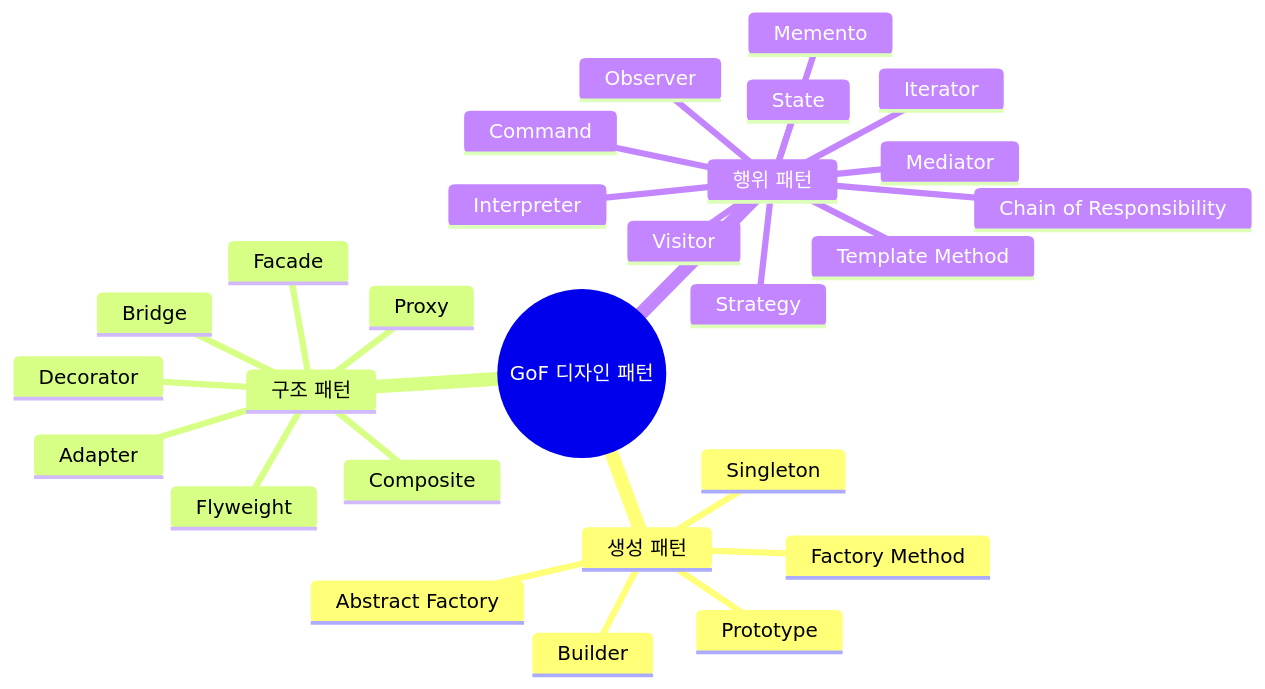
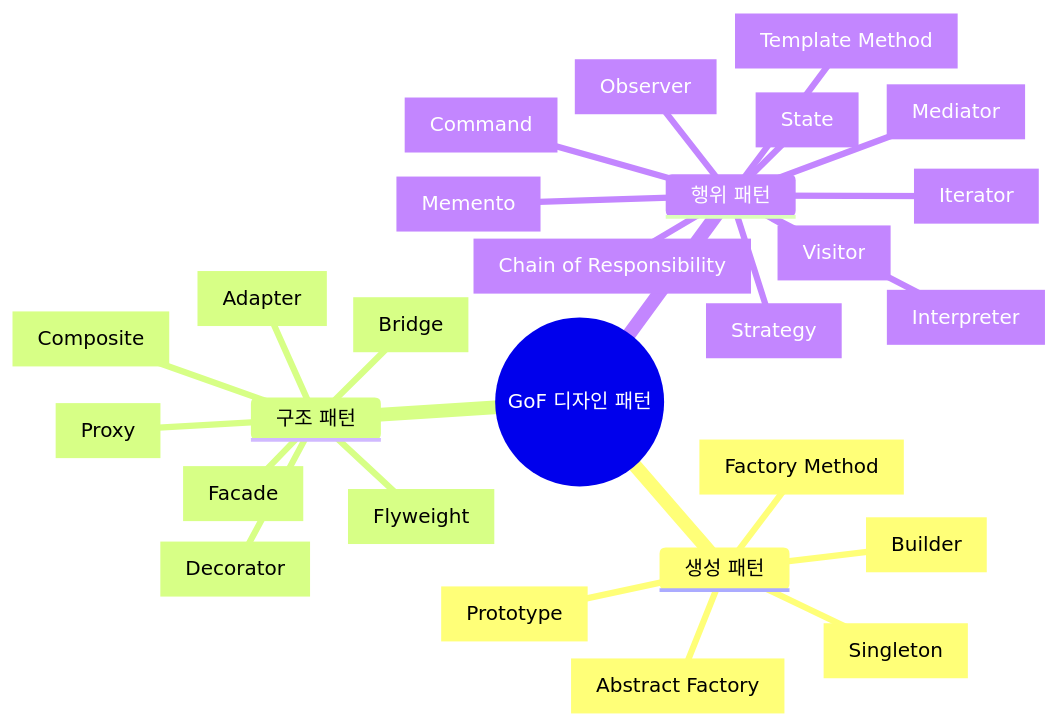
One commit to sungjin-dev/sungjin-dev.github.io changed the fourth of 10 diagrams in _posts/2026-07-18-eip-object_interface-study-1.md. Above: the diagram before and after it, drawn with Mermaid.

````diff
--- a/_posts/2026-07-18-eip-object_interface-study-1.md
+++ b/_posts/2026-07-18-eip-object_interface-study-1.md
@@ -217,30 +217,30 @@
 ```mermaid
 mindmap
   root((GoF 디자인 패턴))
     생성 패턴
-      Builder
-      Prototype
-      Factory Method
-      Abstract Factory
-      Singleton
+      [Builder]
+      [Prototype]
+      [Factory Method]
+      [Abstract Factory]
+      [Singleton]
     구조 패턴
-      Bridge
-      Decorator
-      Facade
-      Flyweight
-      Proxy
-      Composite
-      Adapter
+      [Bridge]
+      [Decorator]
+      [Facade]
+      [Flyweight]
+      [Proxy]
+      [Composite]
+      [Adapter]
     행위 패턴
-      Mediator
-      Interpreter
-      Iterator
-      Template Method
-      Observer
-      State
-      Visitor
-      Command
-      Strategy
-      Memento
-      Chain of Responsibility
+      [Mediator]
+      [Interpreter]
+      [Iterator]
+      [Template Method]
+      [Observer]
+      [State]
+      [Visitor]
+      [Command]
+      [Strategy]
+      [Memento]
+      [Chain of Responsibility]
 ```
````
